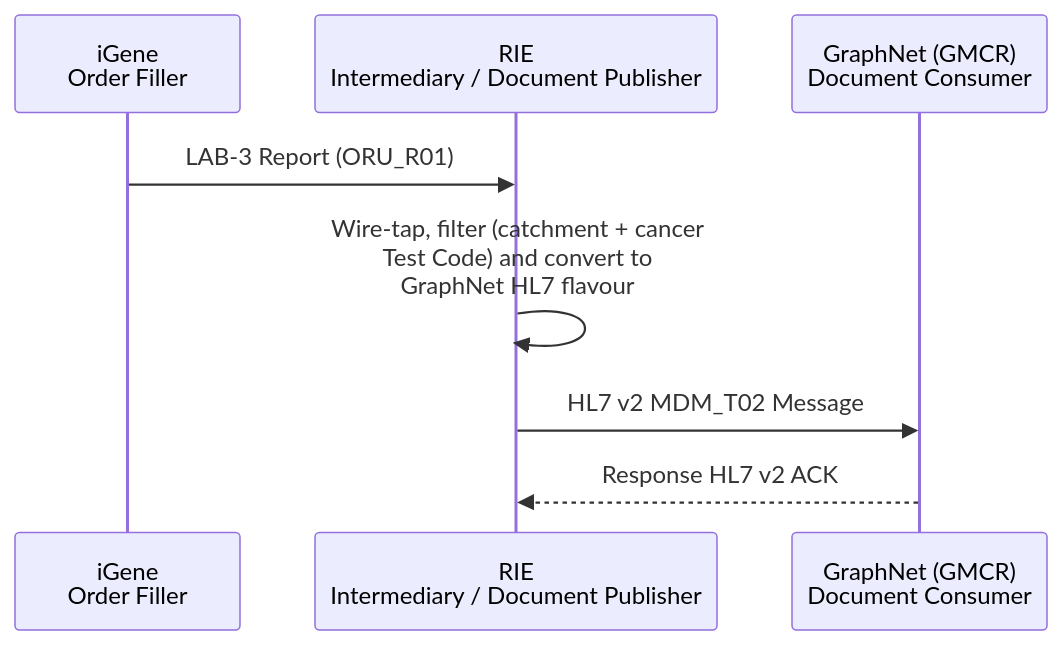
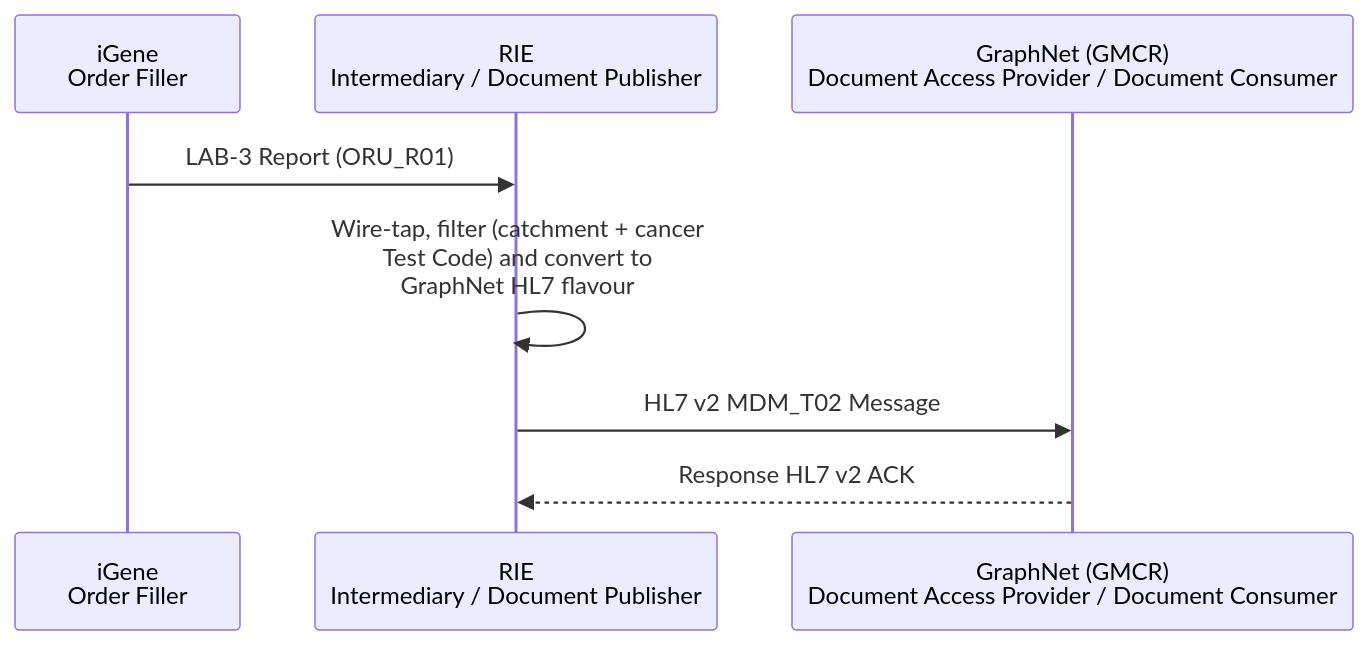
Before and after one commit to nw-gmsa/nw-gmsa.github.com: the third of 5 diagrams in input/pagecontent/RegionalSharedCareRecords.md, drawn with Mermaid. The commit also changed other lines of this file and 1 other file, not shown here.

First line of the commit message:
Class GMCR/LSC as Document Access Provider; fix ctDNAUGR report flow

````diff
--- a/input/pagecontent/RegionalSharedCareRecords.md
+++ b/input/pagecontent/RegionalSharedCareRecords.md
@@ -92,13 +92,12 @@
 ```mermaid
 sequenceDiagram
     participant iGene as iGene<br/>Order Filler
     participant RIE as RIE<br/>Intermediary / Document Publisher
-    participant GMCR as GraphNet (GMCR)<br/>Document Consumer
+    participant GMCR as GraphNet (GMCR)<br/>Document Access Provider / Document Consumer
 
     iGene ->> RIE: LAB-3 Report (ORU_R01)
     RIE ->> RIE: Wire-tap, filter (catchment + cancer<br/>Test Code) and convert to<br/>GraphNet HL7 flavour
-   
     RIE ->> GMCR: HL7 v2 MDM_T02 Message
     GMCR -->> RIE: Response HL7 v2 ACK
 
 ```
````
